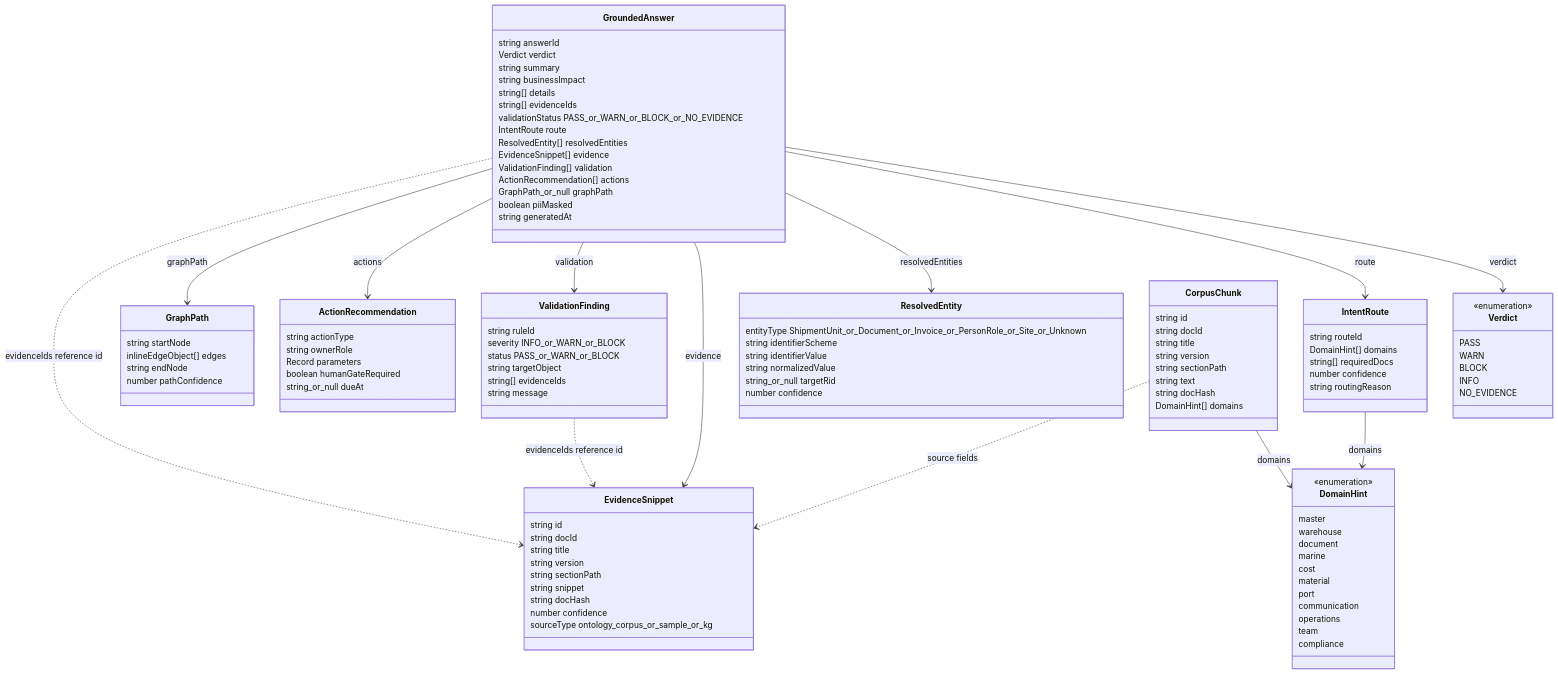
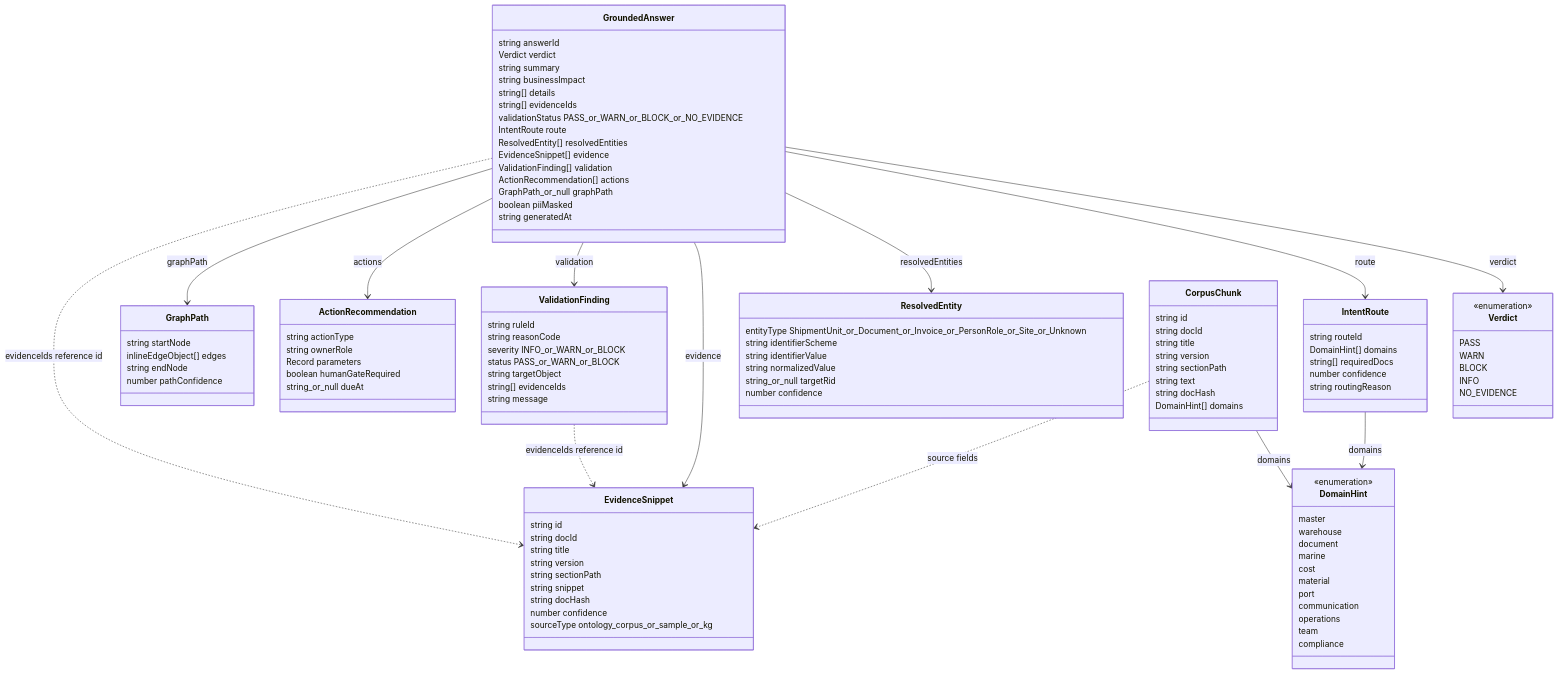
Before and after one commit to macho715/SCT_ONTOLOGY: the second of 2 diagrams in SYSTEM_ARCHITECTURE.md, drawn with Mermaid. The commit also changed 8 other files, not shown here.

```diff
--- a/SYSTEM_ARCHITECTURE.md
+++ b/SYSTEM_ARCHITECTURE.md
@@ -229,6 +229,7 @@
 
   class ValidationFinding {
     string ruleId
+    string reasonCode
     severity INFO_or_WARN_or_BLOCK
     status PASS_or_WARN_or_BLOCK
     string targetObject
```
